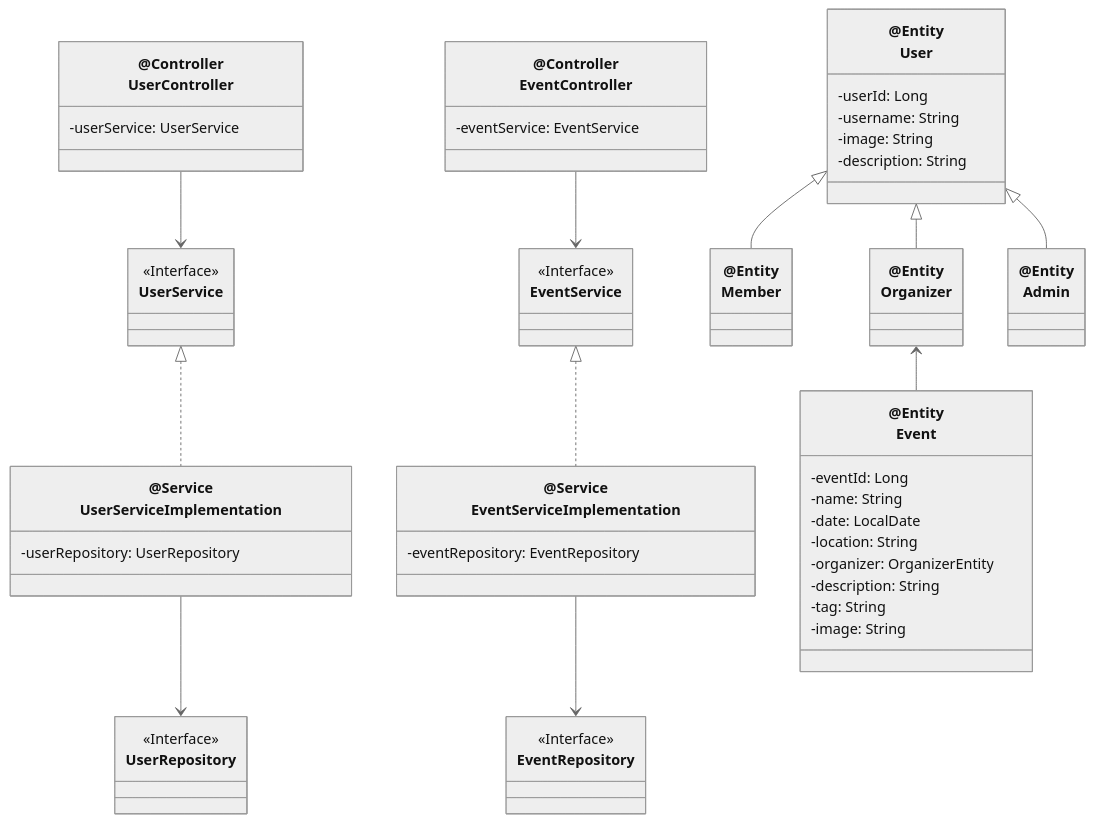
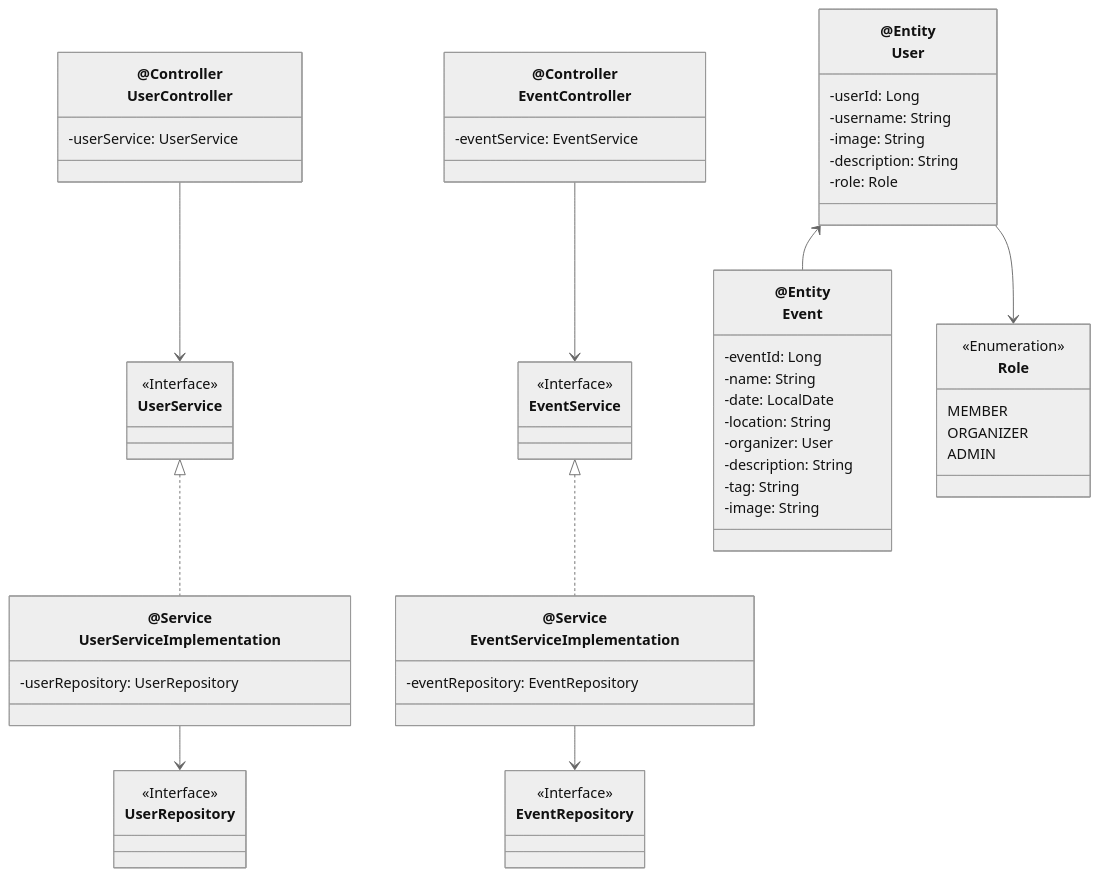
The diagram in docs/diagrams/class-dia/class-diagram.mmd (valurkristinn/skemmti), drawn with Mermaid before and after one commit. The commit also changed 1 other file, not shown here.

Commit message:
fix: one user class

```diff
--- a/docs/diagrams/class-dia/class-diagram.mmd
+++ b/docs/diagrams/class-dia/class-diagram.mmd
@@ -1,66 +1,69 @@
 %%{init: {'theme': 'neutral'} }%%
 classDiagram
     class UserController["@Controller<br/>UserController"] {
         -userService: UserService
     }
     class EventController["@Controller<br/>EventController"] {
         -eventService: EventService
     }
 
     class UserService {
       <<Interface>>
     }
 
     class EventService {
       <<Interface>>
     }
 
     class UserServiceImplementation["@Service<br/>UserServiceImplementation"] {
         -userRepository: UserRepository
     }
     class EventServiceImplementation["@Service<br/>EventServiceImplementation"] {
         -eventRepository: EventRepository
     }
 
     class UserRepository {
       <<Interface>>
     }
 
     class EventRepository {
       <<Interface>>
     }
 
     class UserEntity["@Entity<br/>User"] {
         -userId: Long
         -username: String
         -image: String
         -description: String
+        -role: Role
     }
-    class MemberEntity["@Entity<br/>Member"]
-    class OrganizerEntity["@Entity<br/>Organizer"]
-    class AdminEntity["@Entity<br/>Admin"]
+
     class EventEntity["@Entity<br/>Event"] {
         -eventId: Long
         -name: String
         -date: LocalDate
         -location: String
-        -organizer: OrganizerEntity
+        -organizer: User
         -description: String
         -tag: String
         -image: String
+    }
+
+    class Role {
+        <<Enumeration>>
+        MEMBER
+        ORGANIZER
+        ADMIN
     }
 
     UserController --> UserService
     EventController --> EventService
 
     UserService <|.. UserServiceImplementation
     EventService <|.. EventServiceImplementation
 
     UserServiceImplementation --> UserRepository
     EventServiceImplementation --> EventRepository
 
-    UserEntity <|-- MemberEntity
-    UserEntity <|-- OrganizerEntity
-    UserEntity <|-- AdminEntity
-
-    OrganizerEntity <-- EventEntity
+    UserEntity <-- EventEntity
+    UserEntity --> Role
```
